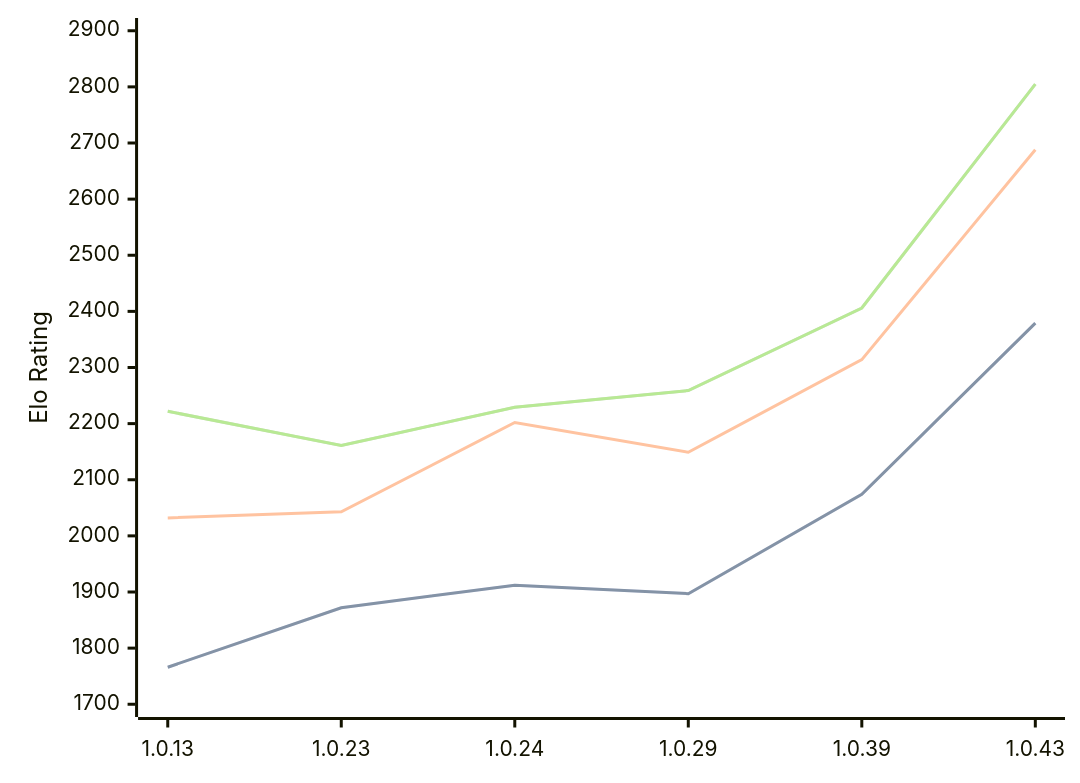
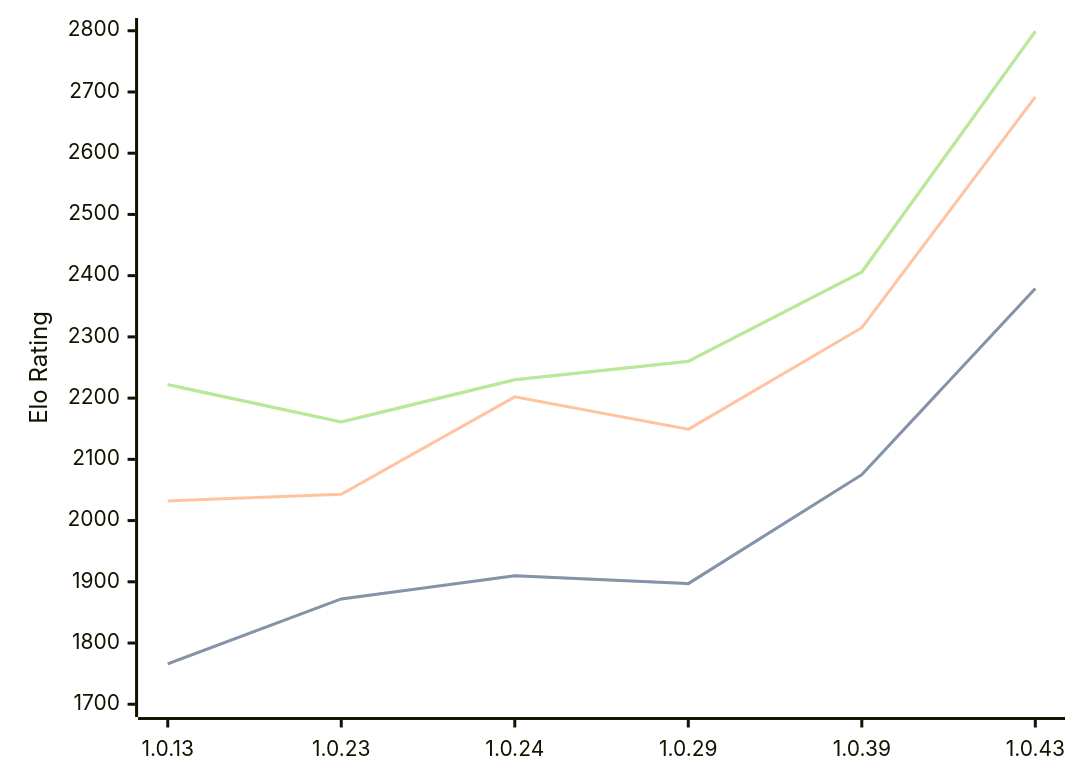
Before and after one commit to computer-chess-index/cci: the third of 3 diagrams in engines/RustyRival.md, drawn with Mermaid. The commit also changed other lines of this file, not shown here.

Commit message:
Update CCI Ratings (ELO VLTC) - 2026-07-13

````diff
--- a/engines/RustyRival.md
+++ b/engines/RustyRival.md
@@ -101,11 +101,11 @@
 ```mermaid
 %%{init: {"theme":"base","themeVariables":{"seriesColors:['#a3a3a3','#222221','#faa371']}}}%%
 xychart-beta
   x-axis ["1.0.13", "1.0.23", "1.0.24", "1.0.29", "1.0.39", "1.0.43"]
-  y-axis "Elo Rating" 1700 --> 2900
-  line "STC (8.0+0.08s)" [1766, 1872, 1912, 1897, 2074, 2379]
-  line "STC (8.0+0.08s)" [1766, 1872, 1912, 1897, 2074, 2379]
-  line "LTC (60.0+0.60s)" [2032, 2043, 2202, 2149, 2314, 2688]
-  line "VLTC (2m24s+1.12s)" [2222, 2161, 2229, 2259, 2406, 2805]
-  line "VLTC (2m24s+1.12s)" [2222, 2161, 2229, 2259, 2406, 2805]
+  y-axis "Elo Rating" 1700 --> 2800
+  line "STC (8.0+0.08s)" [1766, 1872, 1910, 1897, 2075, 2379]
+  line "STC (8.0+0.08s)" [1766, 1872, 1910, 1897, 2075, 2379]
+  line "LTC (60.0+0.60s)" [2032, 2043, 2202, 2149, 2315, 2692]
+  line "VLTC (2m24s+1.12s)" [2222, 2161, 2230, 2260, 2406, 2799]
+  line "VLTC (2m24s+1.12s)" [2222, 2161, 2230, 2260, 2406, 2799]
 ```
````
